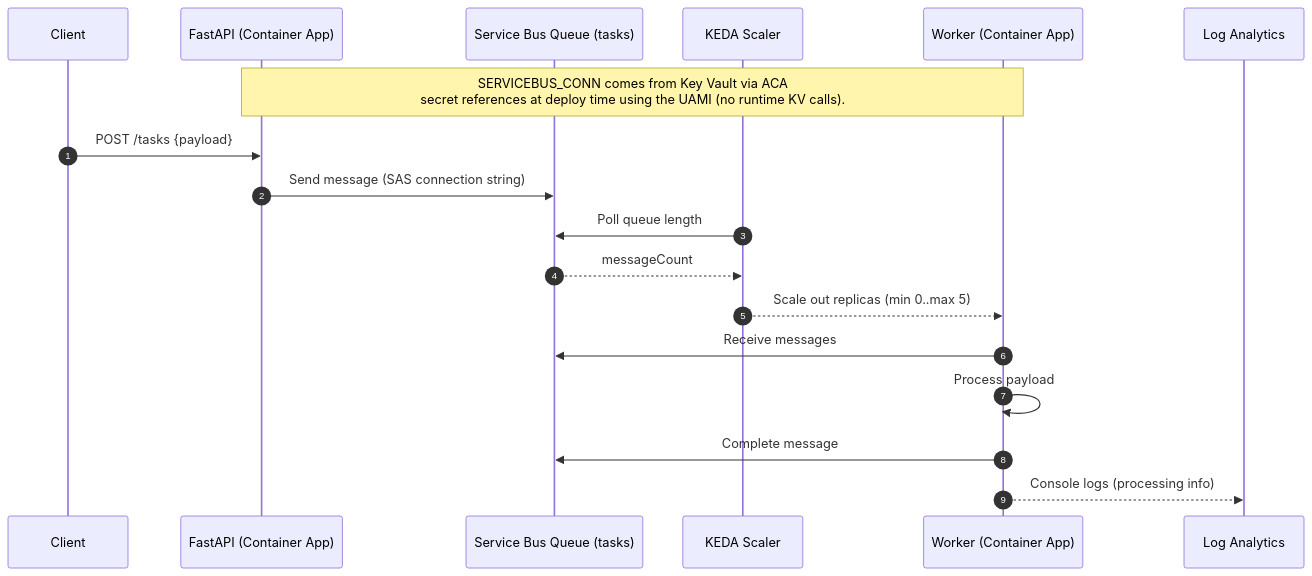
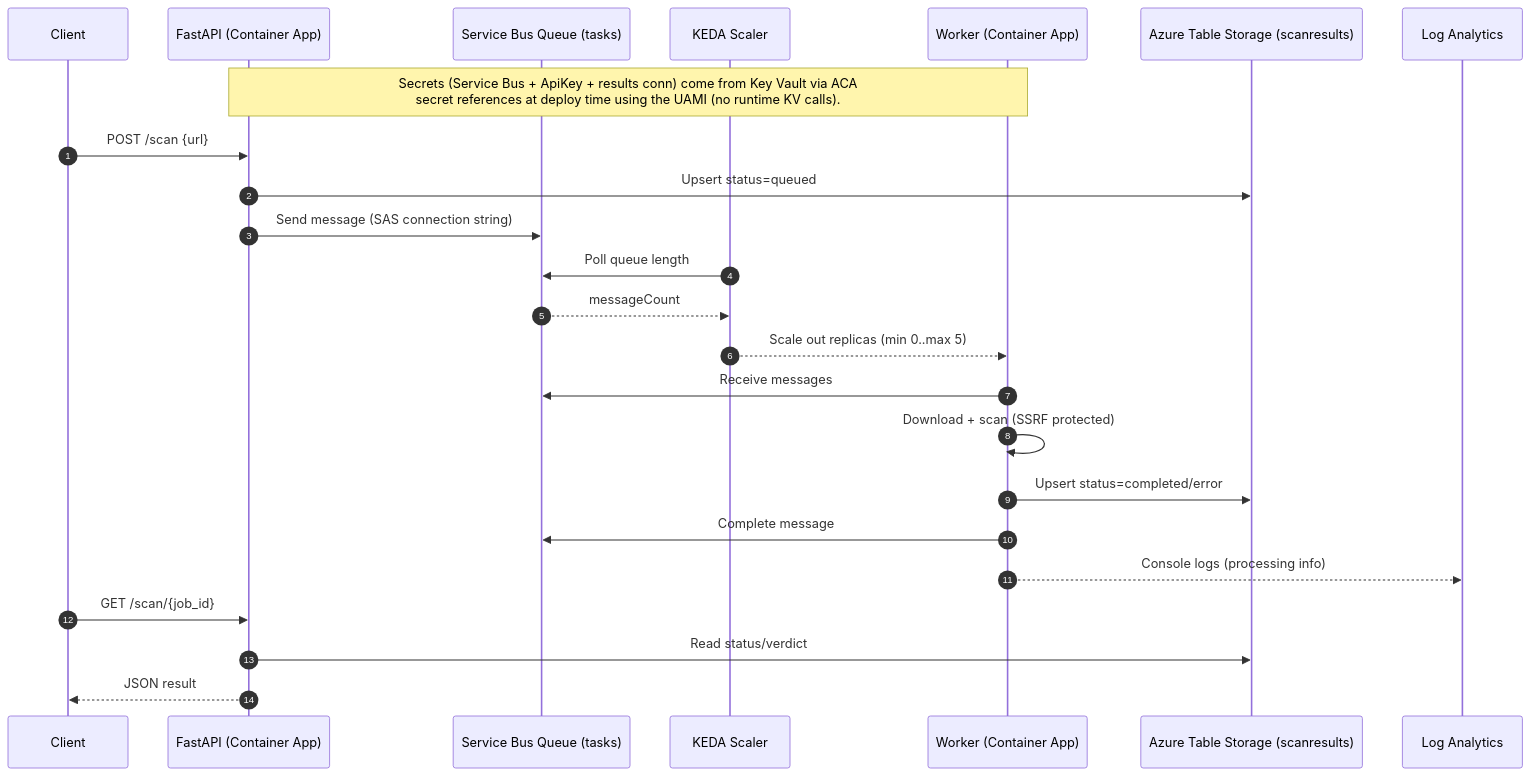
Before and after one commit to steve-sibi/azure-devsecops-aca: the diagram in readme.md, drawn with Mermaid. The commit also changed other lines of this file, not shown here.

Commit message:
Update README to reflect project scope as a URL scanning pipeline; enhance API documentation and clarify service interactions

````diff
--- a/readme.md
+++ b/readme.md
@@ -45,24 +48,31 @@
 ```mermaid
 sequenceDiagram
   autonumber
   participant C as Client
   participant API as FastAPI (Container App)
   participant SB as Service Bus Queue (tasks)
   participant KEDA as KEDA Scaler
   participant W as Worker (Container App)
+  participant T as Azure Table Storage (scanresults)
   participant LA as Log Analytics
 
-  Note over API,W: SERVICEBUS_CONN comes from Key Vault via ACA<br/>secret references at deploy time using the UAMI (no runtime KV calls).
+  Note over API,W: Secrets (Service Bus + ApiKey + results conn) come from Key Vault via ACA<br/>secret references at deploy time using the UAMI (no runtime KV calls).
 
-  C->>API: POST /tasks {payload}
+  C->>API: POST /scan {url}
+  API->>T: Upsert status=queued
   API->>SB: Send message (SAS connection string)
 
   KEDA->>SB: Poll queue length
   SB-->>KEDA: messageCount
   KEDA-->>W: Scale out replicas (min 0..max 5)
 
   W->>SB: Receive messages
-  W->>W: Process payload
+  W->>W: Download + scan (SSRF protected)
+  W->>T: Upsert status=completed/error
   W->>SB: Complete message
   W-->>LA: Console logs (processing info)
+
+  C->>API: GET /scan/{job_id}
+  API->>T: Read status/verdict
+  API-->>C: JSON result
 ```
````
